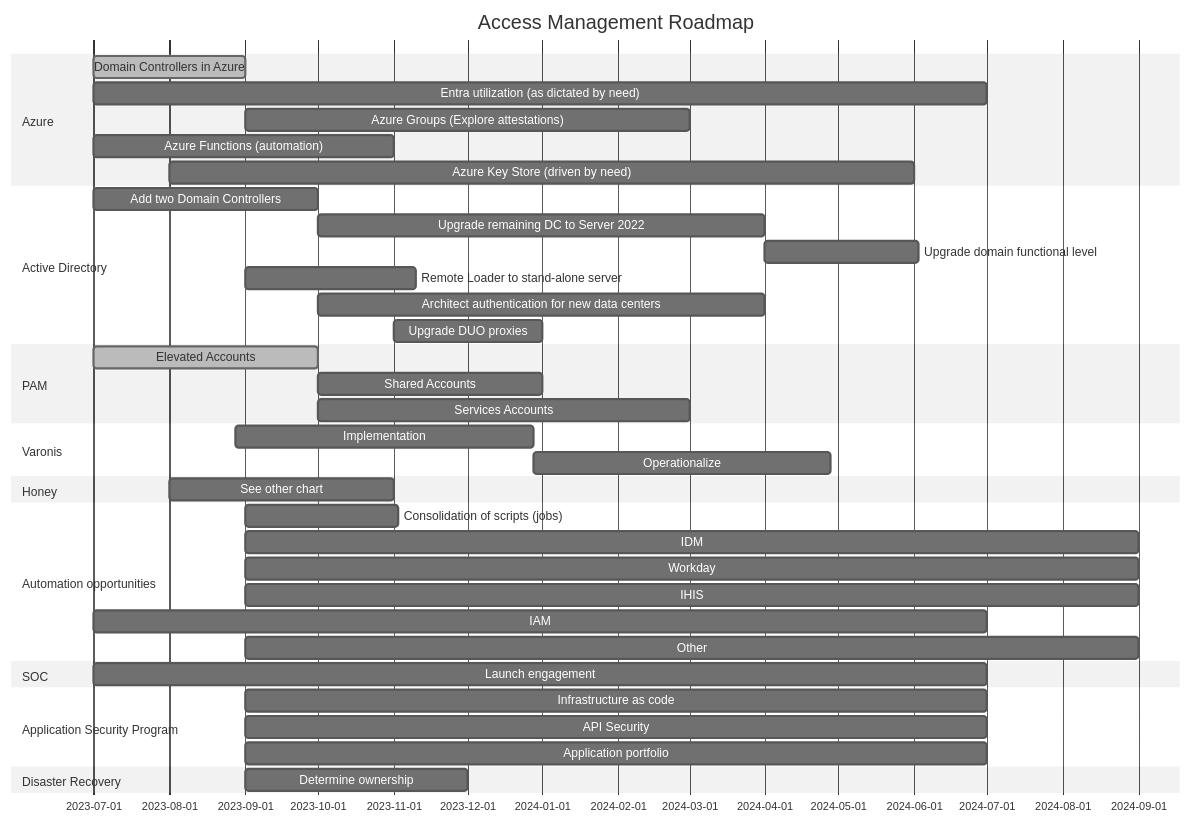
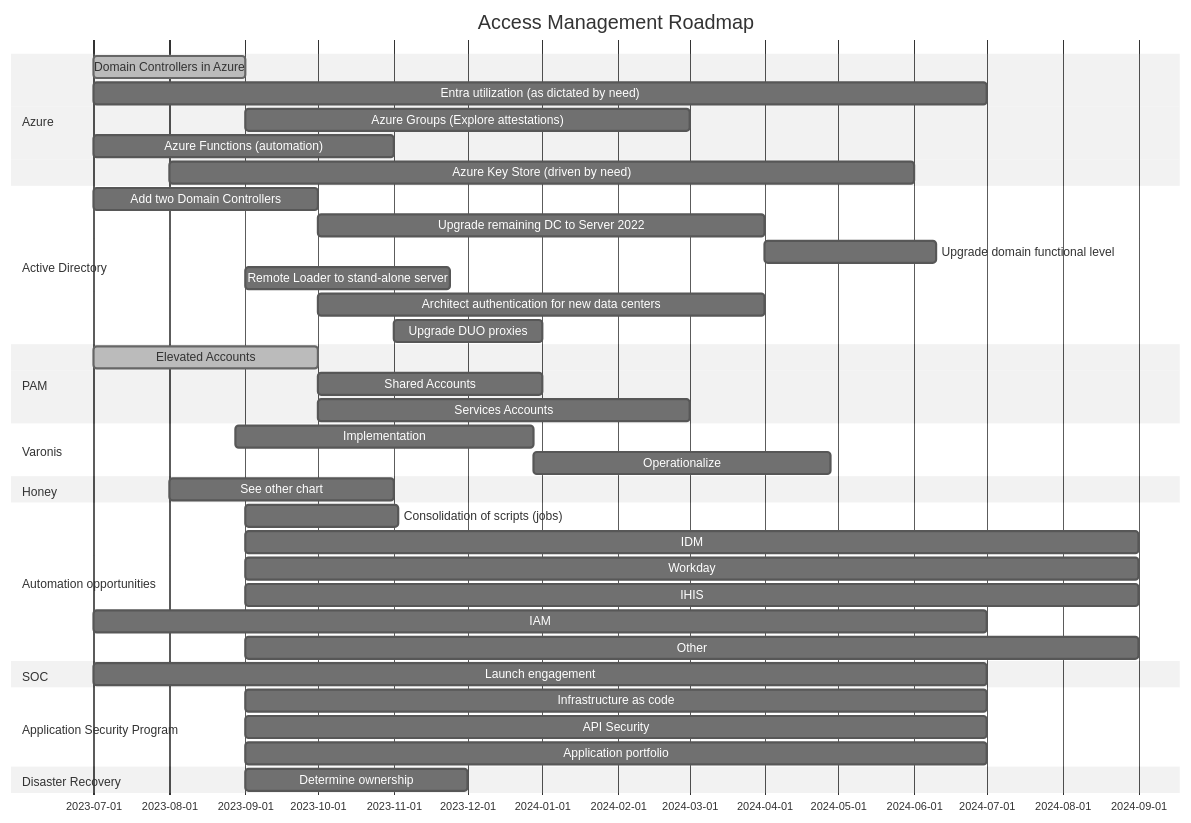
The diagram in AccessManagement.md (stahler/MermaidDiagrams), drawn with Mermaid (neutral theme) before and after one commit.

````diff
--- a/AccessManagement.md
+++ b/AccessManagement.md
@@ -1,56 +1,56 @@
 ```mermaid
 
 gantt
     title Access Management Roadmap
     dateFormat  YY-MM-DD
     todayMarker on
 
     %% excludes    Weekends
     
 section Azure
 Domain Controllers in Azure             :done,2023-07-01, 2M
 Entra utilization (as dictated by need) :2023-07-01, 12M
 Azure Groups (Explore attestations)     :2023-09-01, 6M
 Azure Functions (automation)            :2023-07-01, 4M
 Azure Key Store (driven by need)        :2023-08-01, 10M
 
 section Active Directory                    
 Add two Domain Controllers              :a1,2023-07-01, 3M
 Upgrade remaining DC to Server 2022     :a2,after a1, 6M
-Upgrade domain functional level         :a3,after a2, 9w
-Remote Loader to stand-alone server     :2023-09-01,10w
+Upgrade domain functional level         :a3,after a2, 10w
+Remote Loader to stand-alone server     :2023-09-01, 12w
 Architect authentication for new data centers: 2023-10-01, 6M
 Upgrade DUO proxies                     :2023-11-01, 2M
 
 section PAM
 Elevated Accounts                       :done,p1, 2023-07-01, 3M
 Shared Accounts                         :after p1,3M
 Services Accounts                       :after p1,5M
 
 section Varonis
 Implementation                          :v1, 2023-08-28, 4M
 Operationalize                          :after v1, 4M
 
 section Honey 
 See other chart                         :2023-08-01, 3M
 
 section Automation opportunities
 Consolidation of scripts (jobs)         :2023-09-01, 9w
 IDM                                     :2023-09-01, 12M
 Workday                                 :2023-09-01, 12M
 IHIS                                    :2023-09-01, 12M
 IAM                                     :2023-07-01, 12M
 Other                                   :2023-09-01, 12M
 
 section SOC
 Launch engagement                       :2023-07-01, 12M
 
 section Application Security Program   
 Infrastructure as code                  :2023-09-01, 10M
 API Security                            :2023-09-01, 10M
 Application portfolio                   :2023-09-01, 10M
 
 section Disaster Recovery
 Determine ownership                     :2023-09-01, 3M
 
 ```
````
